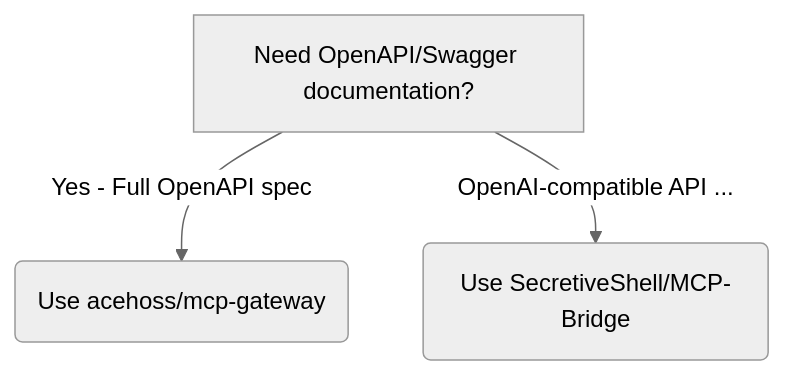
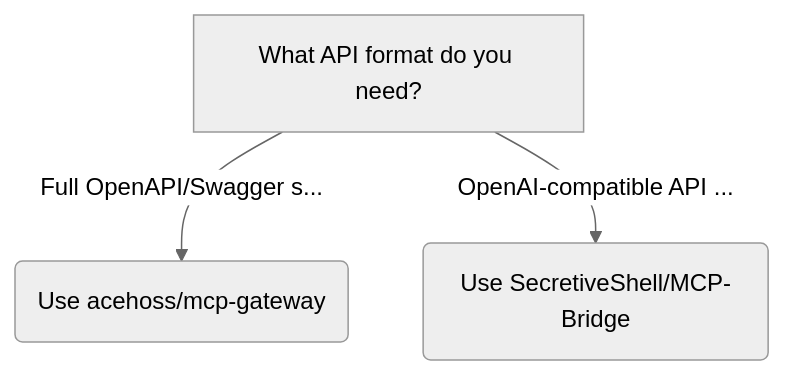
The third of 10 diagrams in comparisons/decision-tree.md (kb4ai/mcp-client-tools-comparison-pub-kb), drawn with Mermaid (neutral theme) before and after one commit. The commit also changed other lines of this file and 4 other files, not shown here.

````diff
--- a/comparisons/decision-tree.md
+++ b/comparisons/decision-tree.md
@@ -70,10 +90,10 @@
 ```mermaid
 %% Subtree: REST API - Expose MCP as HTTP endpoints
 
 flowchart TD
-    mcp_tool_chooser_1["Need OpenAPI/Swagger documentation?"]
-    mcp_tool_chooser_1 -->|"Yes - Full OpenAPI spec"| mcp_tool_chooser_1_0
+    mcp_tool_chooser_1["What API format do you need?"]
+    mcp_tool_chooser_1 -->|"Full OpenAPI/Swagger s..."| mcp_tool_chooser_1_0
     mcp_tool_chooser_1_0("Use acehoss/mcp-gateway")
     mcp_tool_chooser_1 -->|"OpenAI-compatible API ..."| mcp_tool_chooser_1_1
     mcp_tool_chooser_1_1("Use SecretiveShell/MCP-Bridge")
 ```
````
